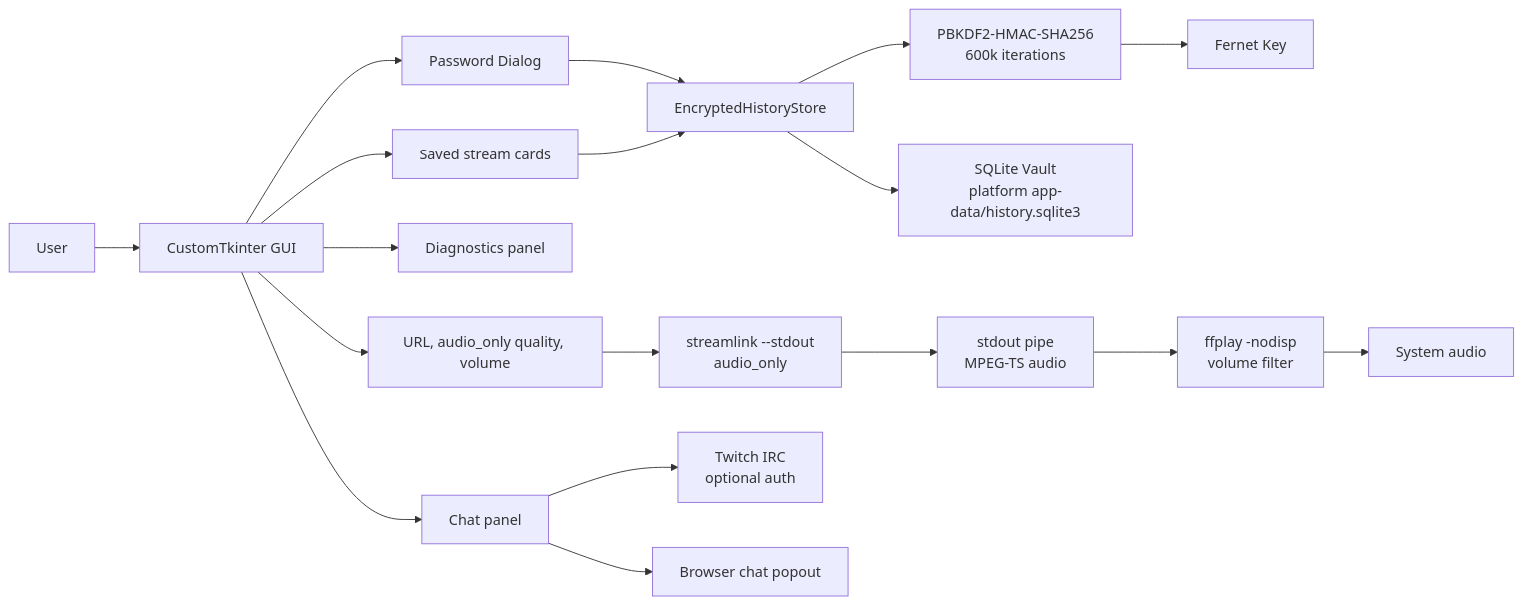
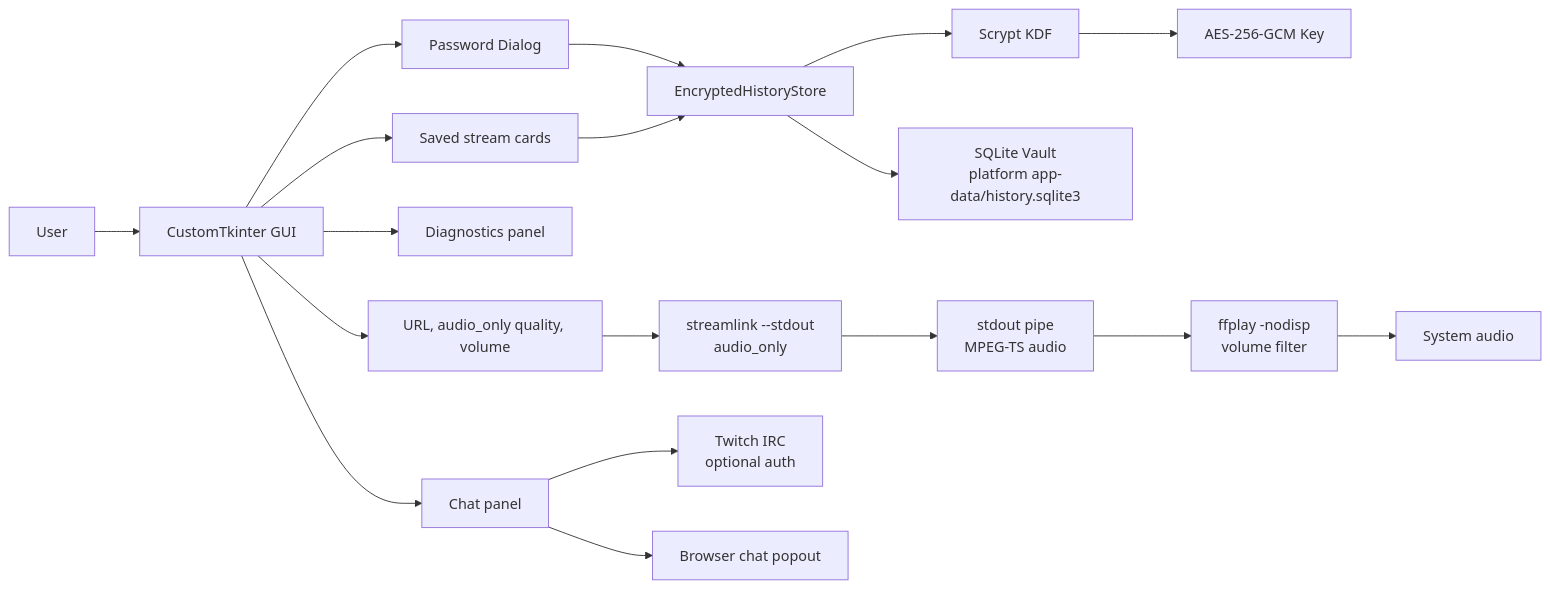
One commit to ornab74/twitchaudio changed the first of 5 diagrams in README.md. Above: the diagram before and after it, drawn with Mermaid. The commit also changed other lines of this file, not shown here.

````diff
--- a/README.md
+++ b/README.md
@@ -55,20 +55,20 @@
 ```mermaid
 flowchart LR
     User["User"] --> GUI["CustomTkinter GUI"]
     GUI --> PasswordDialog["Password Dialog"]
     PasswordDialog --> HistoryStore["EncryptedHistoryStore"]
-    HistoryStore --> KDF["PBKDF2-HMAC-SHA256<br/>600k iterations"]
-    KDF --> Fernet["Fernet Key"]
+    HistoryStore --> KDF["Scrypt KDF"]
+    KDF --> AES["AES-256-GCM Key"]
     HistoryStore --> SQLite["SQLite Vault<br/>platform app-data/history.sqlite3"]
     GUI --> StreamControls["URL, audio_only quality, volume"]
     StreamControls --> Streamlink["streamlink --stdout<br/>audio_only"]
     Streamlink --> Pipe["stdout pipe<br/>MPEG-TS audio"]
     Pipe --> FFplay["ffplay -nodisp<br/>volume filter"]
     FFplay --> Speakers["System audio"]
     GUI --> Diagnostics["Diagnostics panel"]
     GUI --> ChatPanel["Chat panel"]
     ChatPanel --> TwitchIRC["Twitch IRC<br/>optional auth"]
     ChatPanel --> BrowserChat["Browser chat popout"]
     GUI --> HistoryCards["Saved stream cards"]
     HistoryCards --> HistoryStore
 ```
````
